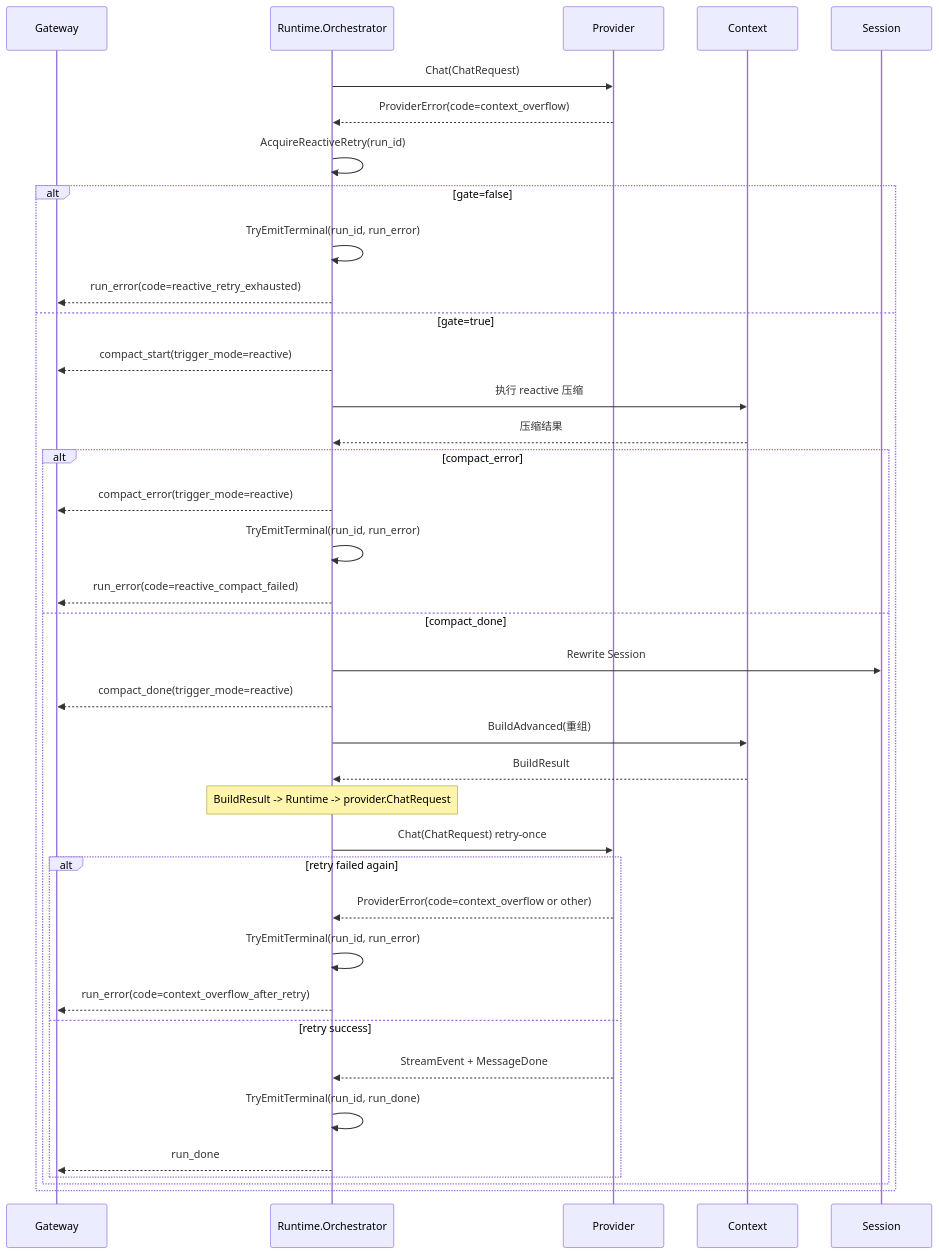
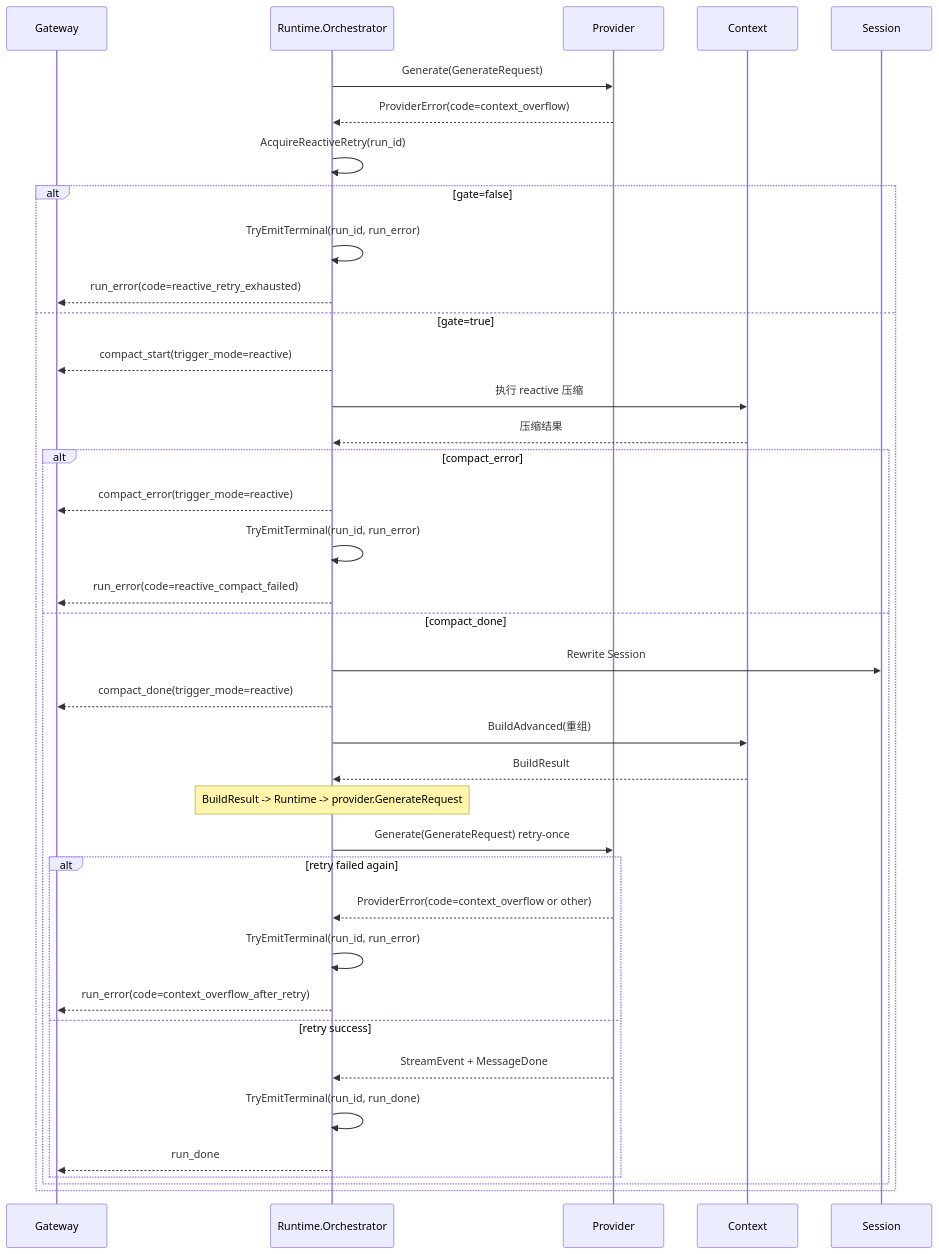
The sixth of 6 diagrams in docs/architecture/runtime/README.md (pionxe/neo-code), drawn with Mermaid before and after one commit. The commit also changed other lines of this file and 5 other files, not shown here.

First line of the commit message:
refactor(provider): 重构 Provider 核心接口为 Generate 并统一模型能力模型

````diff
--- a/docs/architecture/runtime/README.md
+++ b/docs/architecture/runtime/README.md
@@ -225,44 +225,44 @@
 ```mermaid
 sequenceDiagram
     participant GW as Gateway
     participant RT as Runtime.Orchestrator
     participant PV as Provider
     participant CTX as Context
     participant SS as Session
 
-    RT->>PV: Chat(ChatRequest)
+    RT->>PV: Generate(GenerateRequest)
     PV-->>RT: ProviderError(code=context_overflow)
     RT->>RT: AcquireReactiveRetry(run_id)
 
     alt gate=false
         RT->>RT: TryEmitTerminal(run_id, run_error)
         RT-->>GW: run_error(code=reactive_retry_exhausted)
     else gate=true
         RT-->>GW: compact_start(trigger_mode=reactive)
         RT->>CTX: 执行 reactive 压缩
         CTX-->>RT: 压缩结果
 
         alt compact_error
             RT-->>GW: compact_error(trigger_mode=reactive)
             RT->>RT: TryEmitTerminal(run_id, run_error)
             RT-->>GW: run_error(code=reactive_compact_failed)
         else compact_done
             RT->>SS: Rewrite Session
             RT-->>GW: compact_done(trigger_mode=reactive)
             RT->>CTX: BuildAdvanced(重组)
             CTX-->>RT: BuildResult
-            Note over RT: BuildResult -> Runtime -> provider.ChatRequest
-            RT->>PV: Chat(ChatRequest) retry-once
+            Note over RT: BuildResult -> Runtime -> provider.GenerateRequest
+            RT->>PV: Generate(GenerateRequest) retry-once
 
             alt retry failed again
                 PV-->>RT: ProviderError(code=context_overflow or other)
                 RT->>RT: TryEmitTerminal(run_id, run_error)
                 RT-->>GW: run_error(code=context_overflow_after_retry)
             else retry success
                 PV-->>RT: StreamEvent + MessageDone
                 RT->>RT: TryEmitTerminal(run_id, run_done)
                 RT-->>GW: run_done
             end
         end
     end
 ```
````
